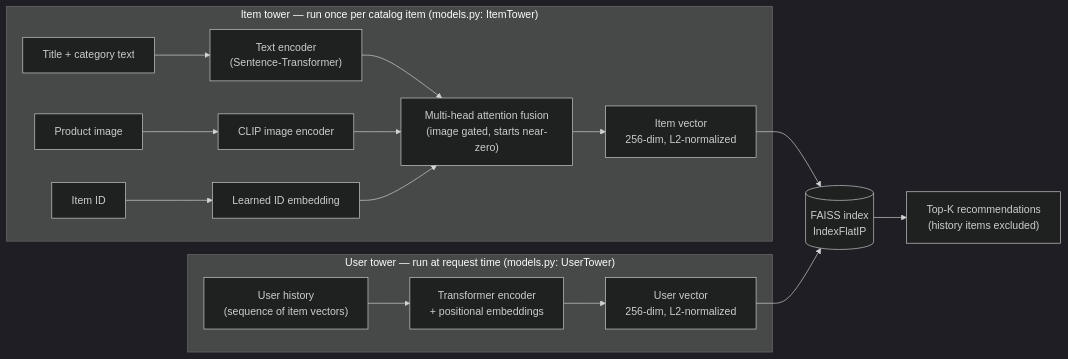
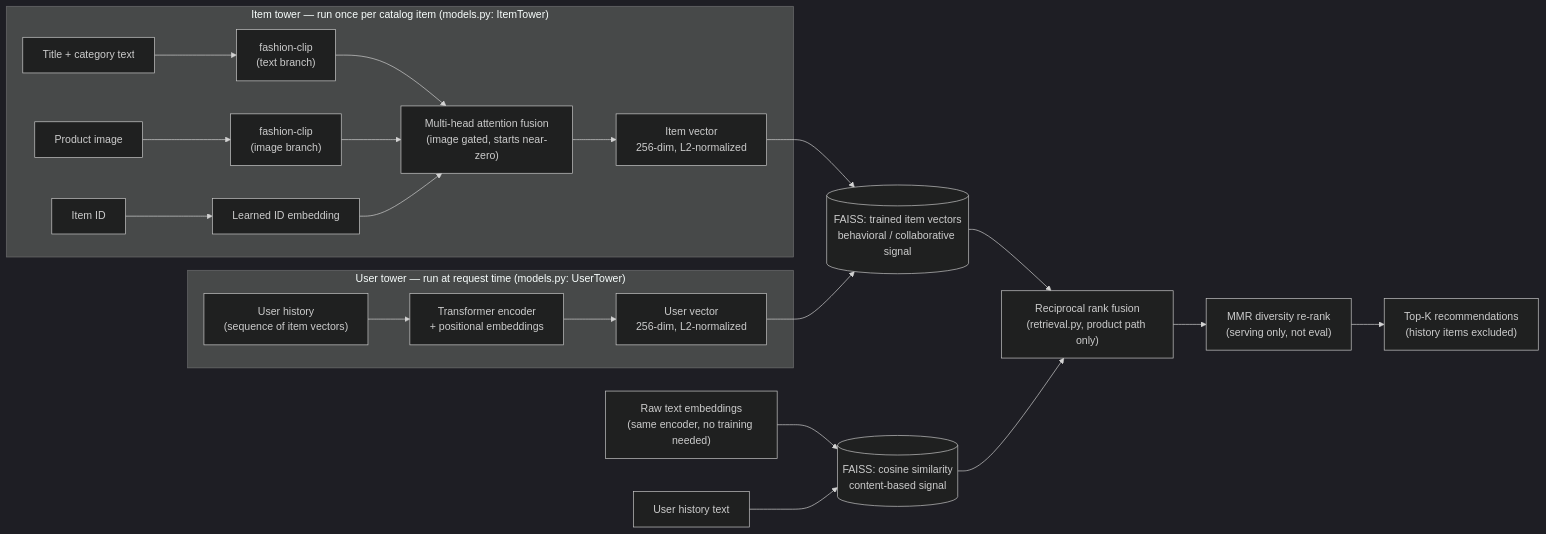
One commit to Sonith-Bingi/multimodal-fashion-recommender changed the diagram in MODEL_CARD.md. Above: the diagram before and after it, drawn with Mermaid (dark theme). The commit also changed other lines of this file and 15 other files, not shown here.

````diff
--- a/MODEL_CARD.md
+++ b/MODEL_CARD.md
@@ -14,21 +22,27 @@
 ```mermaid
 flowchart LR
     subgraph user["User tower — run at request time (models.py: UserTower)"]
         H["User history\n(sequence of item vectors)"] --> UT["Transformer encoder\n+ positional embeddings"]
         UT --> UV["User vector\n256-dim, L2-normalized"]
     end
 
     subgraph item["Item tower — run once per catalog item (models.py: ItemTower)"]
-        TXT["Title + category text"] --> TE["Text encoder\n(Sentence-Transformer)"]
-        IMG["Product image"] --> IE["CLIP image encoder"]
+        TXT["Title + category text"] --> TE["fashion-clip\n(text branch)"]
+        IMG["Product image"] --> IE["fashion-clip\n(image branch)"]
         ID["Item ID"] --> IDE["Learned ID embedding"]
         TE --> FUSE["Multi-head attention fusion\n(image gated, starts near-zero)"]
         IE --> FUSE
         IDE --> FUSE
         FUSE --> IV["Item vector\n256-dim, L2-normalized"]
     end
 
-    IV --> FAISS[("FAISS index\nIndexFlatIP")]
-    UV --> FAISS
-    FAISS --> OUT["Top-K recommendations\n(history items excluded)"]
+    IV --> SEQ[("FAISS: trained item vectors\nbehavioral / collaborative signal")]
+    UV --> SEQ
+    TXT2["Raw text embeddings\n(same encoder, no training needed)"] --> CONTENT[("FAISS: cosine similarity\ncontent-based signal")]
+    H2["User history text"] --> CONTENT
+
+    SEQ --> RRF["Reciprocal rank fusion\n(retrieval.py, product path only)"]
+    CONTENT --> RRF
+    RRF --> MMR["MMR diversity re-rank\n(serving only, not eval)"]
+    MMR --> OUT["Top-K recommendations\n(history items excluded)"]
 ```
````
